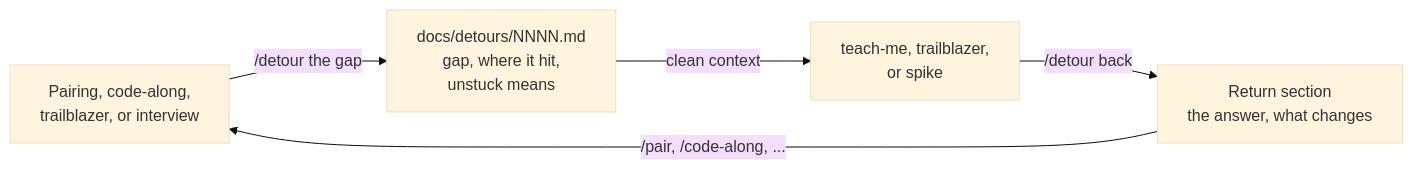
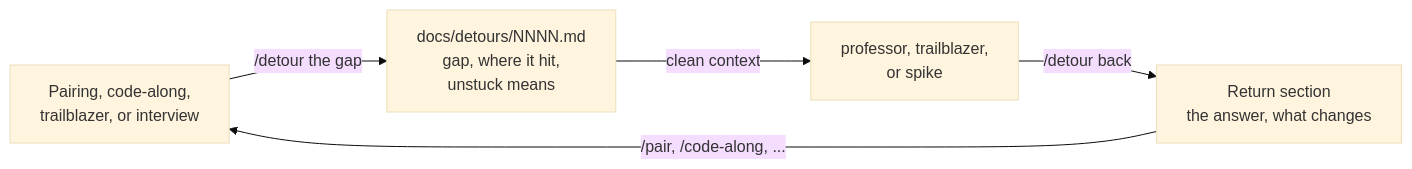
One commit to robjsliwa/skills changed the third of 4 diagrams in README.md. Above: the diagram before and after it, drawn with Mermaid (base theme). The commit also changed other lines of this file and 39 other files, not shown here.

````diff
--- a/README.md
+++ b/README.md
@@ -330,7 +335,7 @@
 ```mermaid
 flowchart LR
   work["Pairing, code-along,<br/>trailblazer, or interview"] -->|"/detour the gap"| brief["docs/detours/NNNN.md<br/>gap, where it hit,<br/>unstuck means"]
-  brief -->|"clean context"| learn["teach-me, trailblazer,<br/>or spike"]
+  brief -->|"clean context"| learn["professor, trailblazer,<br/>or spike"]
   learn -->|"/detour back"| ret["Return section<br/>the answer, what changes"]
   ret -->|"/pair, /code-along, ..."| work
 ```
````
